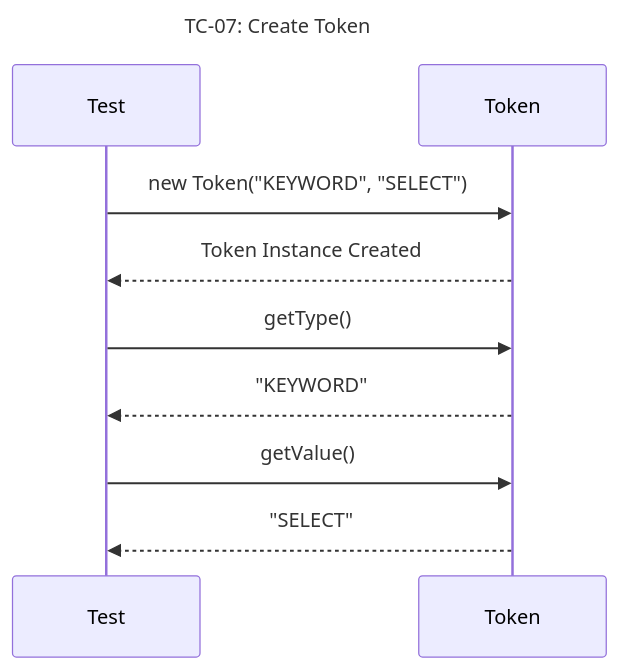
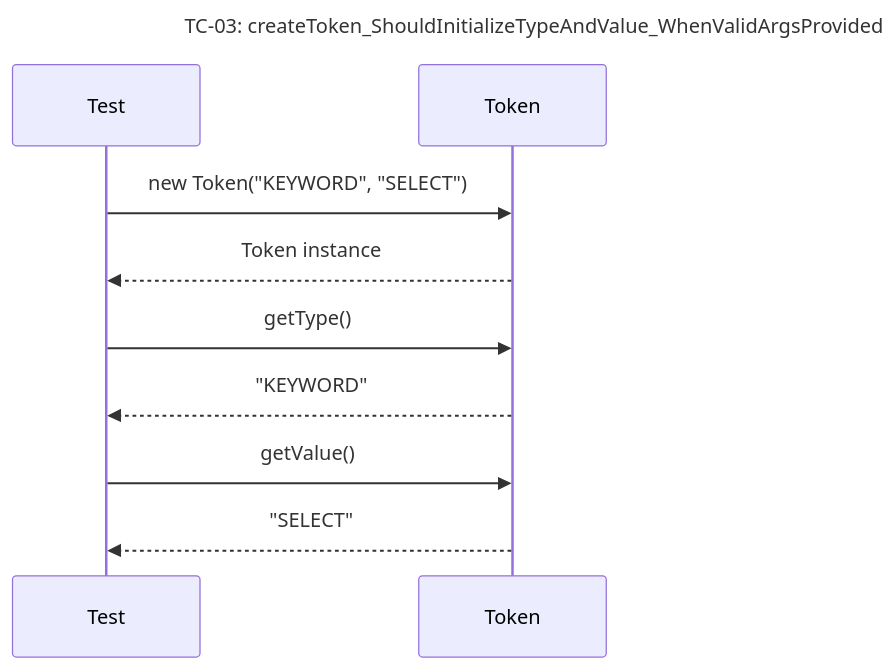
Before and after one commit to Dikhang1112/Database_Management_BBV: diagram 12 of 41 in docs/unit_test/query_prossor/SequeceTestCase.md, drawn with Mermaid. The commit also changed other lines of this file and 6 other files, not shown here.

Commit message:
Add docs sequece diagram and scenario testcase

````diff
--- a/docs/unit_test/query_prossor/SequeceTestCase.md
+++ b/docs/unit_test/query_prossor/SequeceTestCase.md
@@ -114,13 +159,13 @@
 ```mermaid
 sequenceDiagram
-    title TC-07: Create Token
+    title TC-03: createToken_ShouldInitializeTypeAndValue_WhenValidArgsProvided
     participant Test
     participant Token
 
     Test->>Token: new Token("KEYWORD", "SELECT")
-    Token-->>Test: Token Instance Created
+    Token-->>Test: Token instance
     Test->>Token: getType()
     Token-->>Test: "KEYWORD"
     Test->>Token: getValue()
     Token-->>Test: "SELECT"
 ```
````
